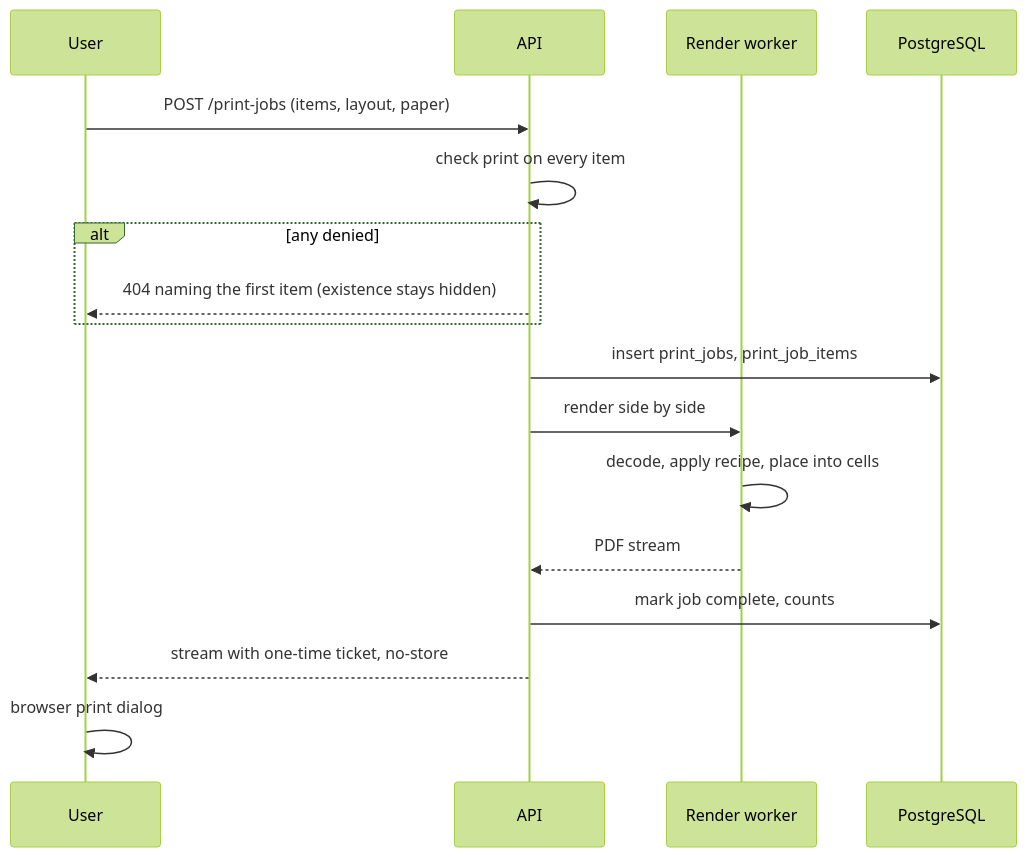
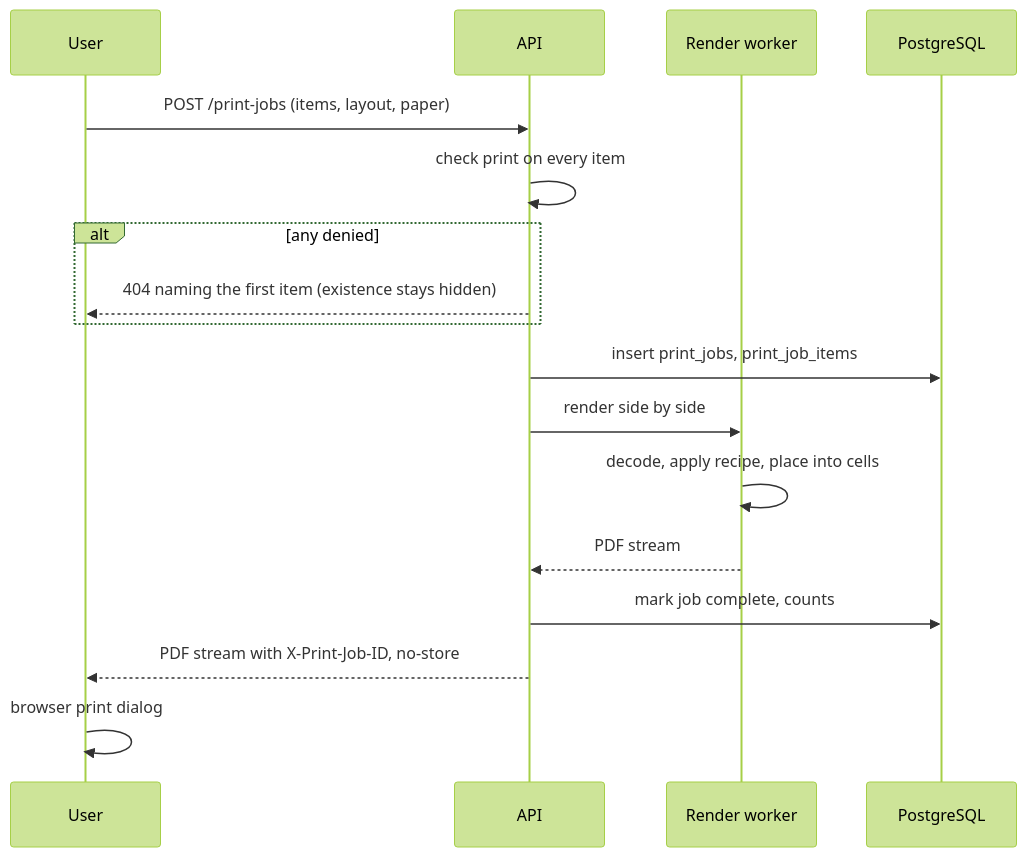
Before and after one commit to piyush-sawhney/doc_mgmt: the third of 3 diagrams in docs/12-printing.md, drawn with Mermaid (forest theme). The commit also changed other lines of this file and 53 other files, not shown here.

````diff
--- a/docs/12-printing.md
+++ b/docs/12-printing.md
@@ -227,19 +227,19 @@
 ```mermaid
 sequenceDiagram
   participant U as User
   participant A as API
   participant W as Render worker
   participant DB as PostgreSQL
   U->>A: POST /print-jobs (items, layout, paper)
   A->>A: check print on every item
   alt any denied
     A-->>U: 404 naming the first item (existence stays hidden)
   end
   A->>DB: insert print_jobs, print_job_items
   A->>W: render side by side
   W->>W: decode, apply recipe, place into cells
   W-->>A: PDF stream
   A->>DB: mark job complete, counts
-  A-->>U: stream with one-time ticket, no-store
+  A-->>U: PDF stream with X-Print-Job-ID, no-store
   U->>U: browser print dialog
 ```
````
